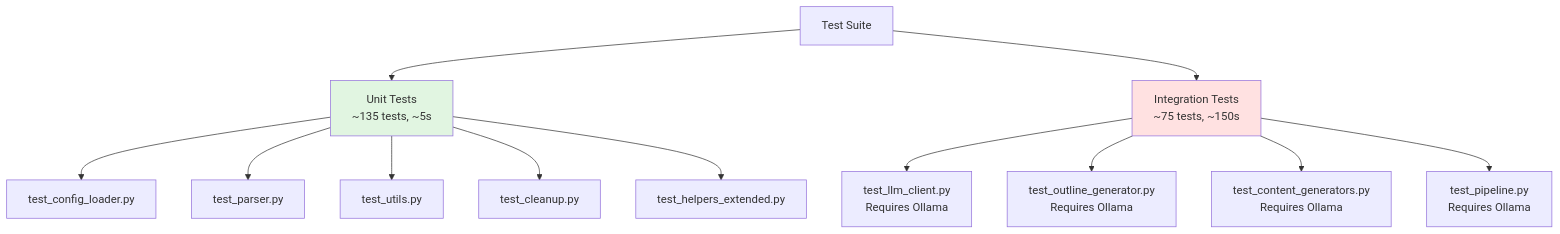
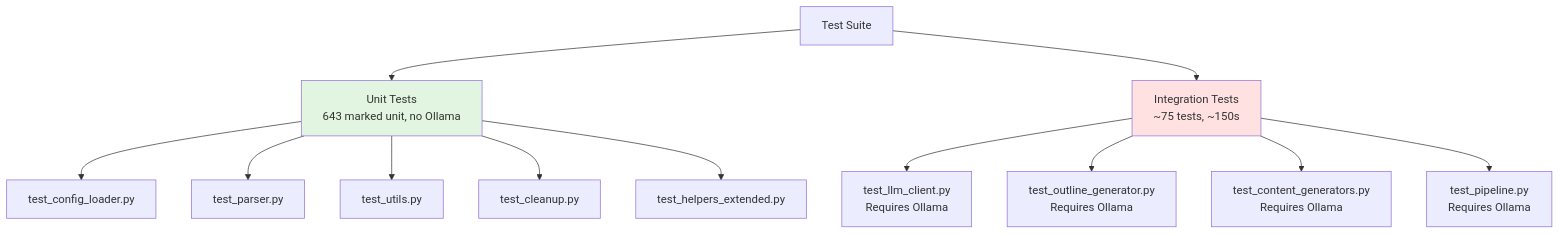
The first of 2 diagrams in tests/README.md (docxology/curriculum), drawn with Mermaid before and after one commit. The commit also changed other lines of this file and 27 other files, not shown here.

````diff
--- a/tests/README.md
+++ b/tests/README.md
@@ -14,19 +14,19 @@
 ```mermaid
 graph TB
-    A[Test Suite] --> B[Unit Tests<br/>~135 tests, ~5s]
+    A[Test Suite] --> B[Unit Tests<br/>643 marked unit, no Ollama]
     A --> C[Integration Tests<br/>~75 tests, ~150s]
     
     B --> B1[test_config_loader.py]
     B --> B2[test_parser.py]
     B --> B3[test_utils.py]
     B --> B4[test_cleanup.py]
     B --> B5[test_helpers_extended.py]
     
     C --> C1[test_llm_client.py<br/>Requires Ollama]
     C --> C2[test_outline_generator.py<br/>Requires Ollama]
     C --> C3[test_content_generators.py<br/>Requires Ollama]
     C --> C4[test_pipeline.py<br/>Requires Ollama]
     
     style B fill:#e1f5e1
     style C fill:#ffe1e1
 ```
````
